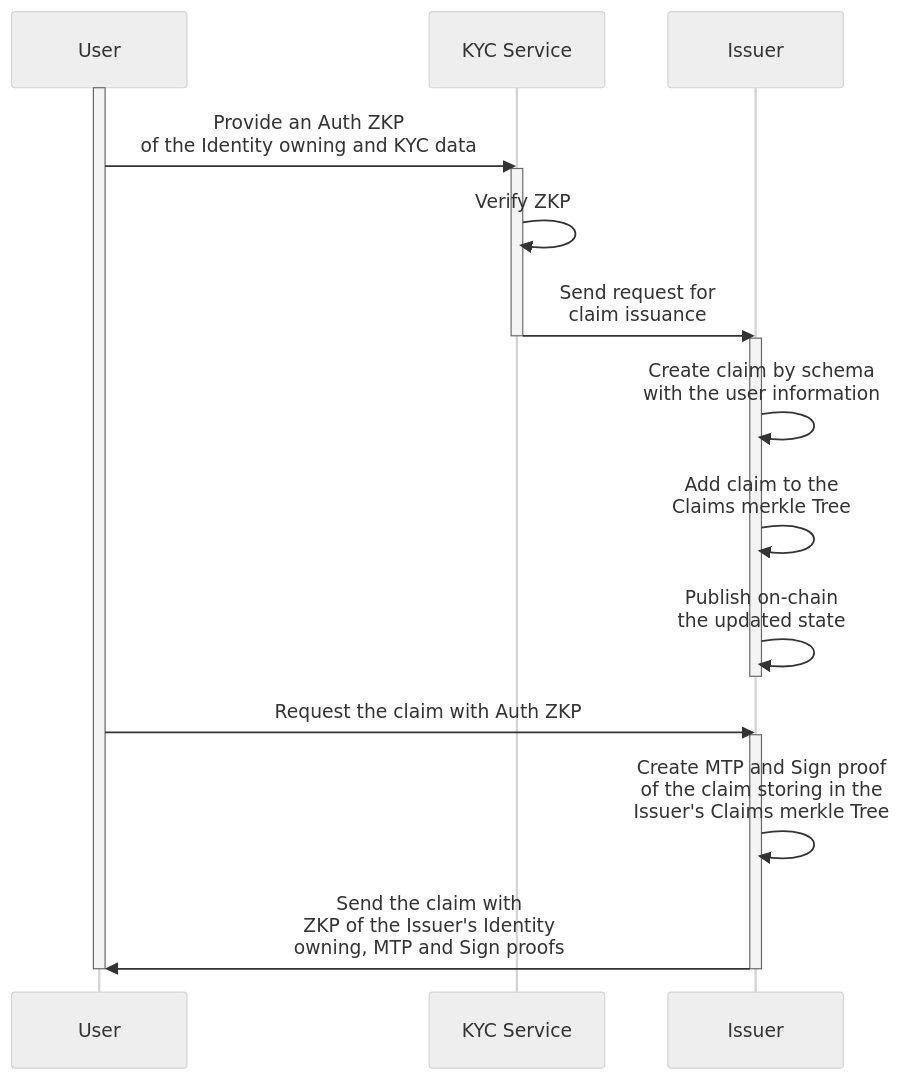
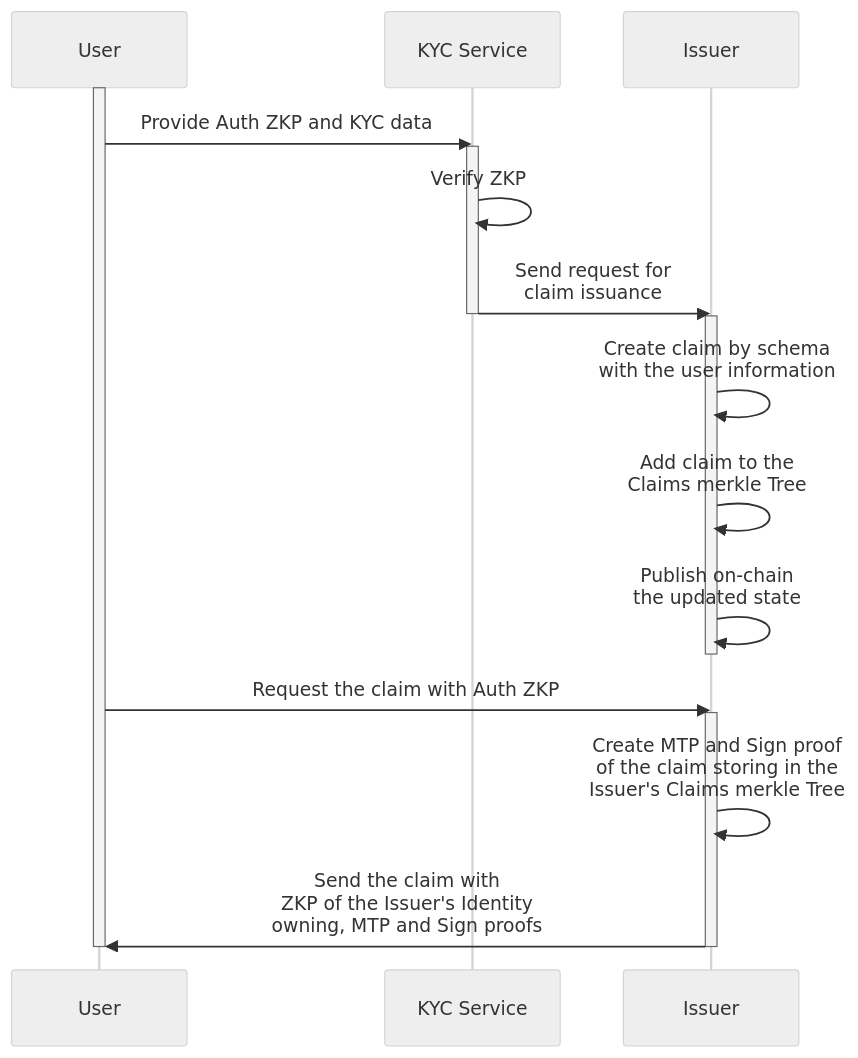
One commit to rarimo/issuer changed the diagram in README.md. Above: the diagram before and after it, drawn with Mermaid (neutral theme).

````diff
--- a/README.md
+++ b/README.md
@@ -143,31 +143,31 @@
 ``` mermaid
 
 sequenceDiagram
     participant User
     participant KYC Service
     participant Issuer
 
     activate User
     
-    User->>KYC Service: Provide an Auth ZKP <br> of the Identity owning and KYC data
+    User->>KYC Service: Provide Auth ZKP and KYC data
     activate KYC Service
     KYC Service->>KYC Service: Verify ZKP
     KYC Service->>Issuer: Send request for <br> claim issuance
     deactivate KYC Service
     
     activate Issuer
     Issuer->>Issuer: Create claim by schema <br> with the user information
     Issuer->>Issuer: Add claim to the <br> Claims merkle Tree
     Issuer->>Issuer: Publish on-chain <br> the updated state
     deactivate Issuer
     
     User->>Issuer: Request the claim with Auth ZKP
     activate Issuer
     Issuer->>Issuer: Create MTP and Sign proof <br> of the claim storing in the <br> Issuer's Claims merkle Tree
     Issuer->>User: Send the claim with <br> ZKP of the Issuer's Identity <br> owning, MTP and Sign proofs
     
     deactivate Issuer
    
     deactivate User
     
 ```
````
